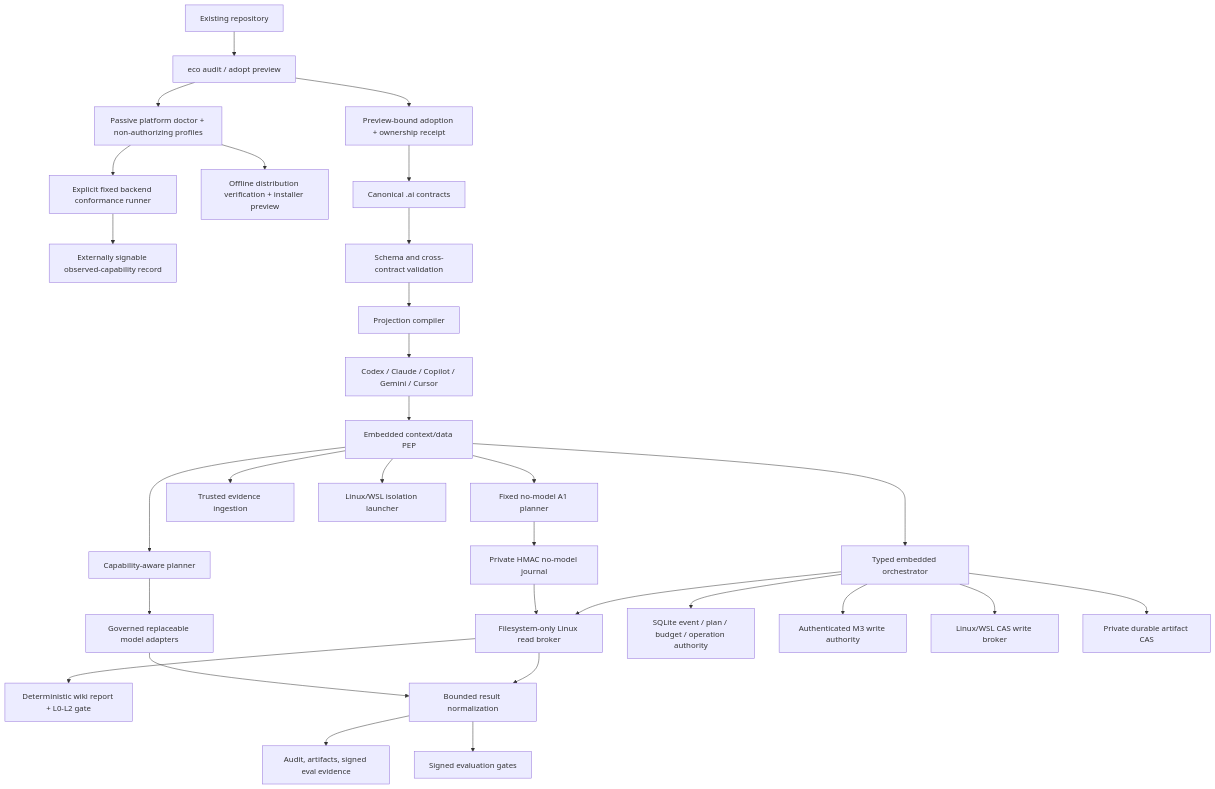
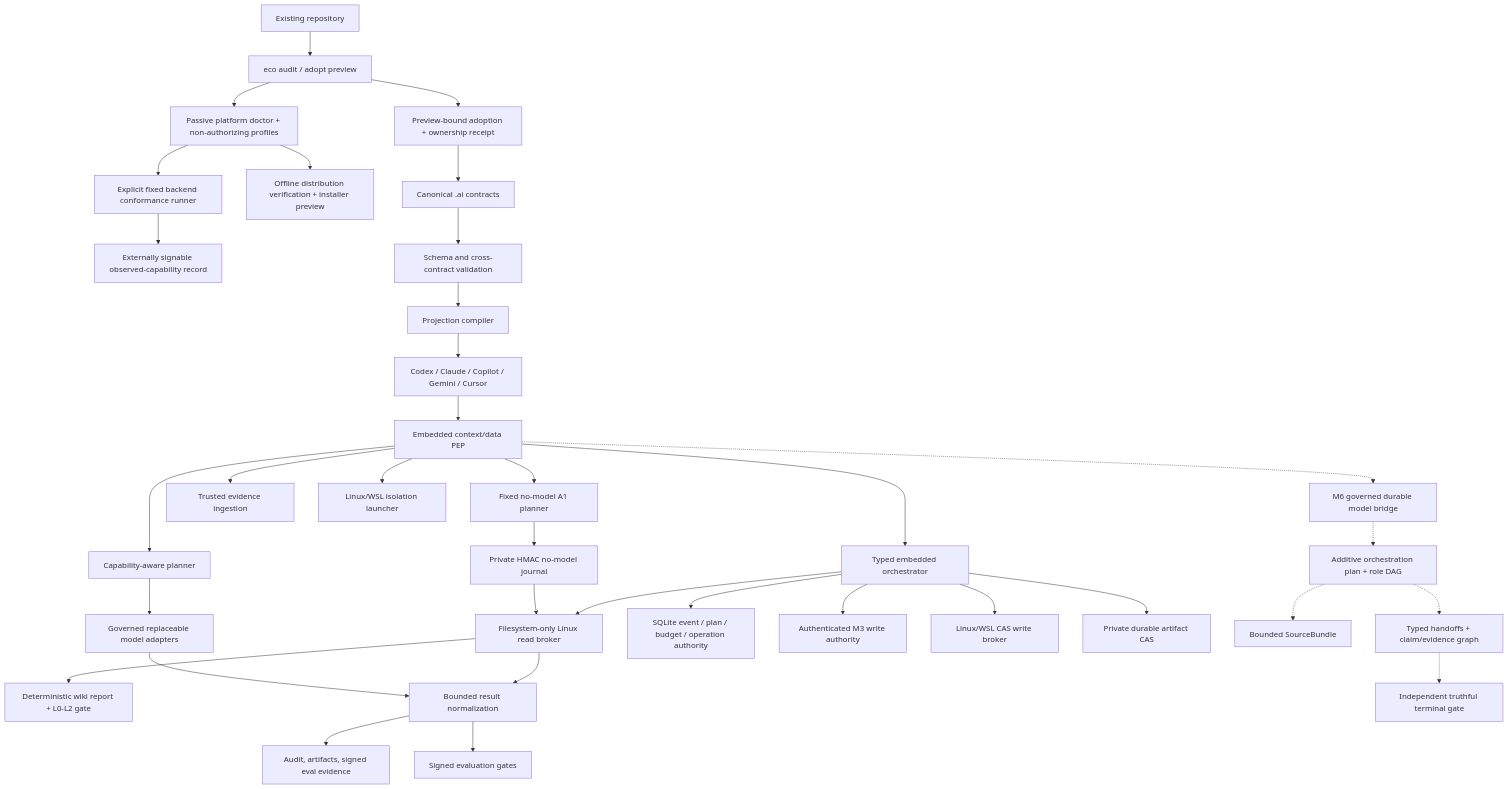
The diagram in docs/architecture/README.md (cyberdid/ecosystem), drawn with Mermaid before and after one commit. The commit also changed other lines of this file and 17 other files, not shown here.

First line of the commit message:
docs: record m6 functional-orchestration architecture and plan

````diff
--- a/docs/architecture/README.md
+++ b/docs/architecture/README.md
@@ -9,33 +9,39 @@
 ```mermaid
 flowchart TB
     R["Existing repository"] --> A["eco audit / adopt preview"]
     A --> AP["Preview-bound adoption + ownership receipt"]
     AP --> C["Canonical .ai contracts"]
     A --> PLATFORM["Passive platform doctor + non-authorizing profiles"]
     PLATFORM --> DIST["Offline distribution verification + installer preview"]
     PLATFORM --> CONF["Explicit fixed backend conformance runner"]
     CONF --> PEVIDENCE["Externally signable observed-capability record"]
     C --> V["Schema and cross-contract validation"]
     V --> P["Projection compiler"]
     P --> H["Codex / Claude / Copilot / Gemini / Cursor"]
 
     H --> DPEP["Embedded context/data PEP"]
     DPEP --> ROUTER["Capability-aware planner"]
     ROUTER --> ADAPTERS["Governed replaceable model adapters"]
     DPEP --> ORCH["Typed embedded orchestrator"]
     DPEP --> NOMODEL["Fixed no-model A1 planner"]
     NOMODEL --> NMJOURNAL["Private HMAC no-model journal"]
     NMJOURNAL --> BROKER
     BROKER --> NMEVAL["Deterministic wiki report + L0-L2 gate"]
     ORCH --> STORE["SQLite event / plan / budget / operation authority"]
     ORCH --> BROKER["Filesystem-only Linux read broker"]
     ORCH --> WRITEAUTH["Authenticated M3 write authority"]
     ORCH --> WRITEBROKER["Linux/WSL CAS write broker"]
     ORCH --> CAS["Private durable artifact CAS"]
     DPEP --> EVIDENCE["Trusted evidence ingestion"]
     DPEP --> ISOLATION["Linux/WSL isolation launcher"]
     ADAPTERS --> OUT["Bounded result normalization"]
     BROKER --> OUT
     OUT --> AUDIT["Audit, artifacts, signed eval evidence"]
     OUT --> EVAL["Signed evaluation gates"]
+
+    DPEP -.-> MBRIDGE["M6 governed durable model bridge"]
+    MBRIDGE -.-> TEAMPLAN["Additive orchestration plan + role DAG"]
+    TEAMPLAN -.-> SOURCE["Bounded SourceBundle"]
+    TEAMPLAN -.-> HANDOFF["Typed handoffs + claim/evidence graph"]
+    HANDOFF -.-> HARDGATE["Independent truthful terminal gate"]
 ```
````
